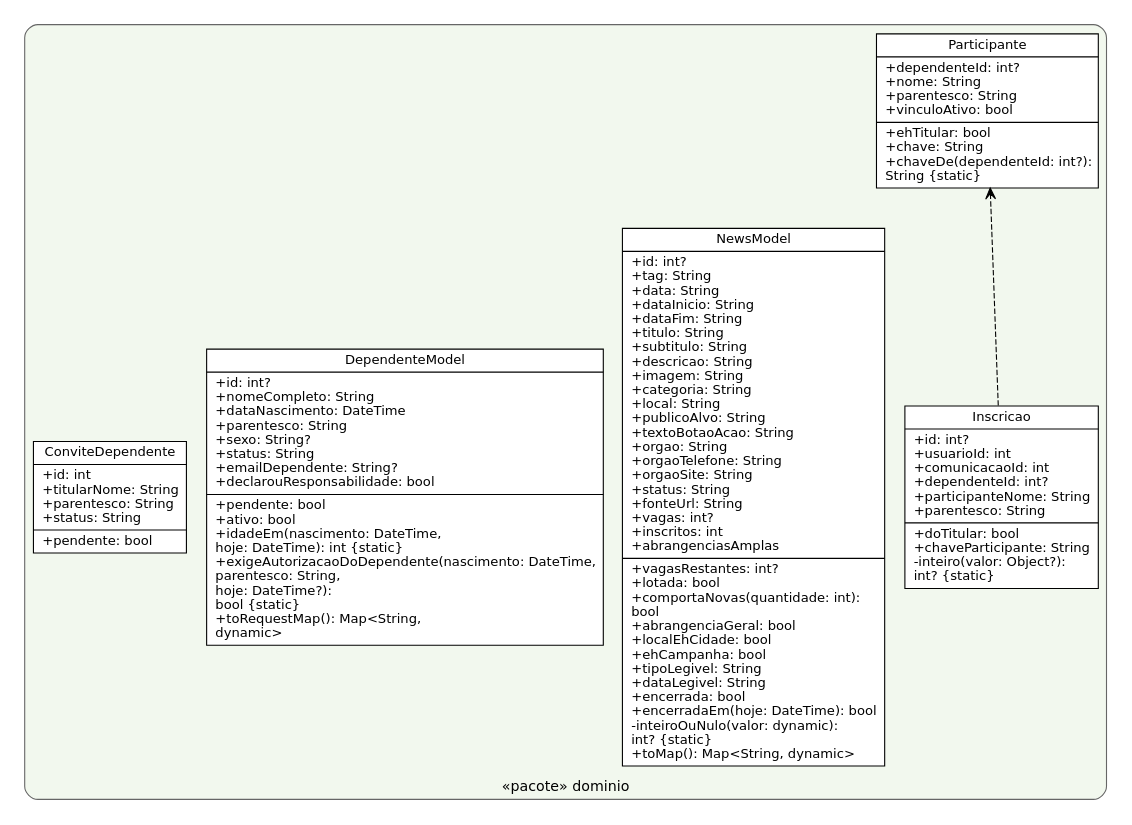
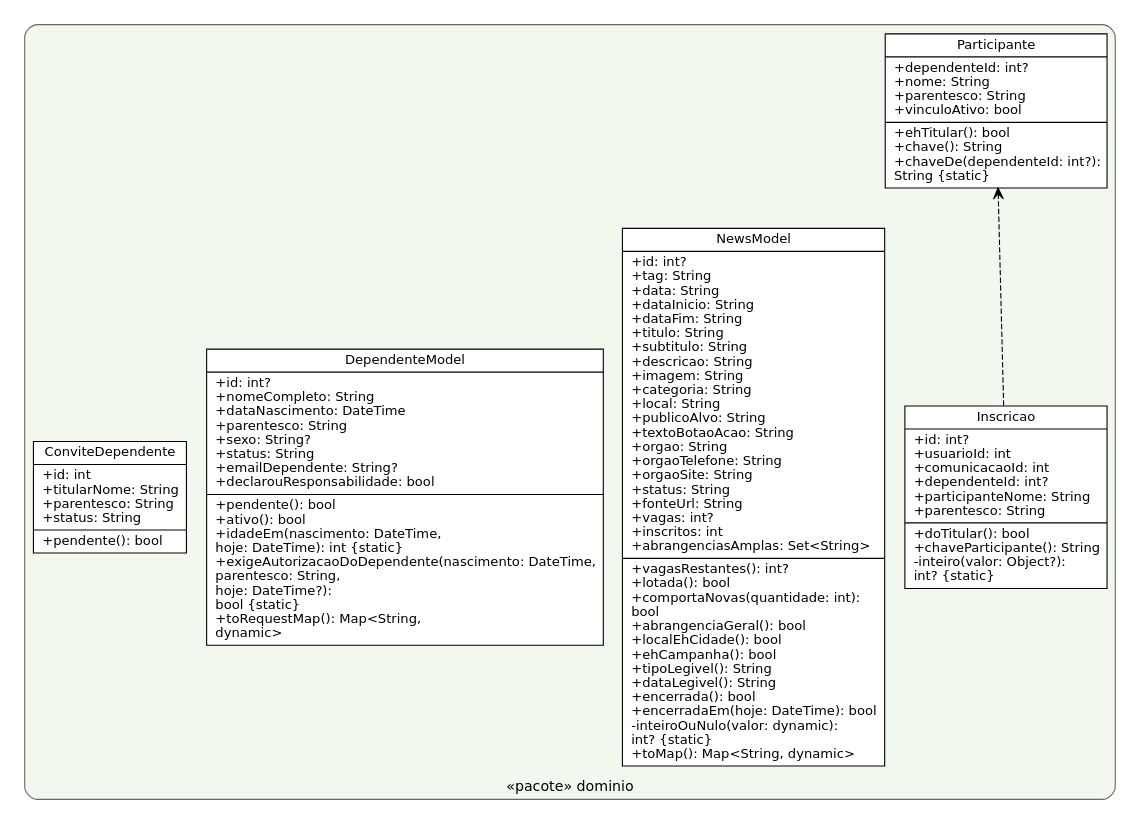
The diagram in qualidade/relatorios/classes-b-dominio.dot (Conecta-Vida/Conecta-Vida-Mobile), drawn with Graphviz before and after one commit. The commit also changed 23 other files, not shown here.

```diff
--- a/qualidade/relatorios/classes-b-dominio.dot
+++ b/qualidade/relatorios/classes-b-dominio.dot
@@ -1,13 +1,13 @@
 digraph classes {
 rankdir=BT; nodesep=0.25; ranksep=0.5; pad=0.1; concentrate=true;
 node [shape=record, fontname="DejaVu Sans", fontsize=12, style=filled, fillcolor="#ffffff"];
 edge [fontname="DejaVu Sans", fontsize=11];
 subgraph cluster_0 { label="«pacote» dominio"; style="rounded,filled"; fillcolor="#f2f8ee"; color=gray40; fontname="DejaVu Sans"; fontsize=13; labelloc=t;
-  Inscricao [label="{Inscricao|+id: int?\l+usuarioId: int\l+comunicacaoId: int\l+dependenteId: int?\l+participanteNome: String\l+parentesco: String\l|+doTitular: bool\l+chaveParticipante: String\l-inteiro(valor: Object?):\l      int? \{static\}\l}"];
-  Participante [label="{Participante|+dependenteId: int?\l+nome: String\l+parentesco: String\l+vinculoAtivo: bool\l|+ehTitular: bool\l+chave: String\l+chaveDe(dependenteId: int?):\l      String \{static\}\l}"];
-  NewsModel [label="{NewsModel|+id: int?\l+tag: String\l+data: String\l+dataInicio: String\l+dataFim: String\l+titulo: String\l+subtitulo: String\l+descricao: String\l+imagem: String\l+categoria: String\l+local: String\l+publicoAlvo: String\l+textoBotaoAcao: String\l+orgao: String\l+orgaoTelefone: String\l+orgaoSite: String\l+status: String\l+fonteUrl: String\l+vagas: int?\l+inscritos: int\l+abrangenciasAmplas\l|+vagasRestantes: int?\l+lotada: bool\l+comportaNovas(quantidade: int):\l      bool\l+abrangenciaGeral: bool\l+localEhCidade: bool\l+ehCampanha: bool\l+tipoLegivel: String\l+dataLegivel: String\l+encerrada: bool\l+encerradaEm(hoje: DateTime): bool\l-inteiroOuNulo(valor: dynamic):\l      int? \{static\}\l+toMap(): Map&lt;String, dynamic&gt;\l}"];
-  DependenteModel [label="{DependenteModel|+id: int?\l+nomeCompleto: String\l+dataNascimento: DateTime\l+parentesco: String\l+sexo: String?\l+status: String\l+emailDependente: String?\l+declarouResponsabilidade: bool\l|+pendente: bool\l+ativo: bool\l+idadeEm(nascimento: DateTime,\l      hoje: DateTime): int \{static\}\l+exigeAutorizacaoDoDependente(nascimento: DateTime,\l      parentesco: String,\l      hoje: DateTime?):\l      bool \{static\}\l+toRequestMap(): Map&lt;String,\l      dynamic&gt;\l}"];
-  ConviteDependente [label="{ConviteDependente|+id: int\l+titularNome: String\l+parentesco: String\l+status: String\l|+pendente: bool\l}"];
+  Inscricao [label="{Inscricao|+id: int?\l+usuarioId: int\l+comunicacaoId: int\l+dependenteId: int?\l+participanteNome: String\l+parentesco: String\l|+doTitular(): bool\l+chaveParticipante(): String\l-inteiro(valor: Object?):\l      int? \{static\}\l}"];
+  Participante [label="{Participante|+dependenteId: int?\l+nome: String\l+parentesco: String\l+vinculoAtivo: bool\l|+ehTitular(): bool\l+chave(): String\l+chaveDe(dependenteId: int?):\l      String \{static\}\l}"];
+  NewsModel [label="{NewsModel|+id: int?\l+tag: String\l+data: String\l+dataInicio: String\l+dataFim: String\l+titulo: String\l+subtitulo: String\l+descricao: String\l+imagem: String\l+categoria: String\l+local: String\l+publicoAlvo: String\l+textoBotaoAcao: String\l+orgao: String\l+orgaoTelefone: String\l+orgaoSite: String\l+status: String\l+fonteUrl: String\l+vagas: int?\l+inscritos: int\l+abrangenciasAmplas: Set&lt;String&gt;\l|+vagasRestantes(): int?\l+lotada(): bool\l+comportaNovas(quantidade: int):\l      bool\l+abrangenciaGeral(): bool\l+localEhCidade(): bool\l+ehCampanha(): bool\l+tipoLegivel(): String\l+dataLegivel(): String\l+encerrada(): bool\l+encerradaEm(hoje: DateTime): bool\l-inteiroOuNulo(valor: dynamic):\l      int? \{static\}\l+toMap(): Map&lt;String, dynamic&gt;\l}"];
+  DependenteModel [label="{DependenteModel|+id: int?\l+nomeCompleto: String\l+dataNascimento: DateTime\l+parentesco: String\l+sexo: String?\l+status: String\l+emailDependente: String?\l+declarouResponsabilidade: bool\l|+pendente(): bool\l+ativo(): bool\l+idadeEm(nascimento: DateTime,\l      hoje: DateTime): int \{static\}\l+exigeAutorizacaoDoDependente(nascimento: DateTime,\l      parentesco: String,\l      hoje: DateTime?):\l      bool \{static\}\l+toRequestMap(): Map&lt;String,\l      dynamic&gt;\l}"];
+  ConviteDependente [label="{ConviteDependente|+id: int\l+titularNome: String\l+parentesco: String\l+status: String\l|+pendente(): bool\l}"];
 }
   Inscricao -> Participante [arrowhead=vee, style=dashed];
 }
```
